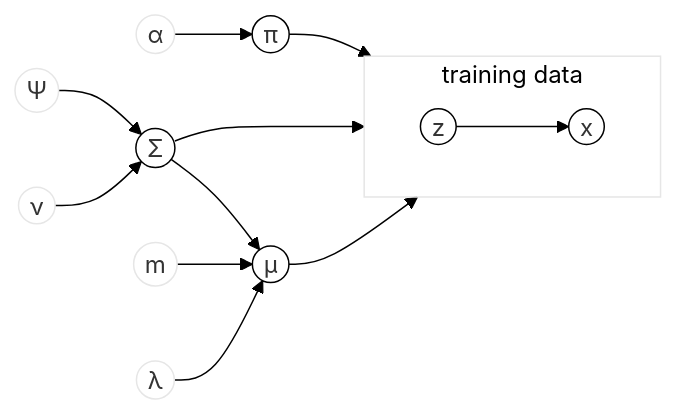
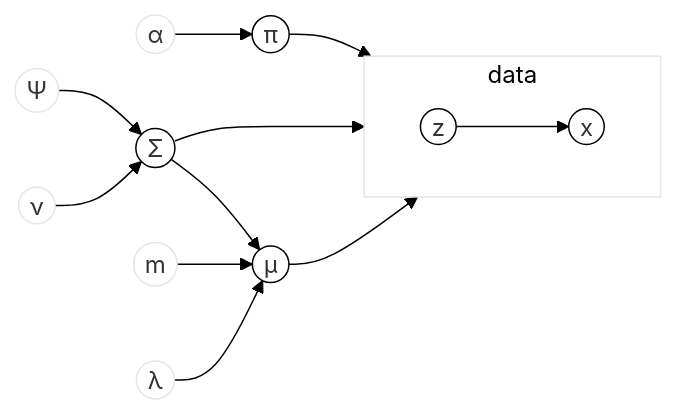
The second of 3 diagrams in posts/mixture-models/index.qmd (cnguyen10/cnguyen10.github.io), drawn with Mermaid before and after one commit. The commit also changed other lines of this file and 10 other files, not shown here.

````diff
--- a/posts/mixture-models/index.qmd
+++ b/posts/mixture-models/index.qmd
@@ -238,29 +244,29 @@
 ```{mermaid}
 %%{
     init: {
         'theme': 'base',
         'themeVariables': {
             'primaryColor': '#ffffff'
         }
     }
 }%%
 flowchart LR
-    subgraph data["training data"]
+    subgraph data["data"]
         direction LR
         z((z)):::rv --> x((x)):::rv
     end
     alpha((α)):::notfilled --> pi((π)):::params --> z
     sigma((Σ)):::params --> mu
     psi((Ψ)):::notfilled --> sigma
     nu((ν)):::notfilled --> sigma
     sigma --> x
     mu0((m)):::notfilled --> mu((μ)):::params --> x
     lambda((λ)):::notfilled --> mu
 
     style z fill: none
     classDef params stroke: #000, fill: none
     classDef rv stroke: #000
     classDef notfilled fill: none
     linkStyle default stroke: #000
     style data fill: none
 ```
````
